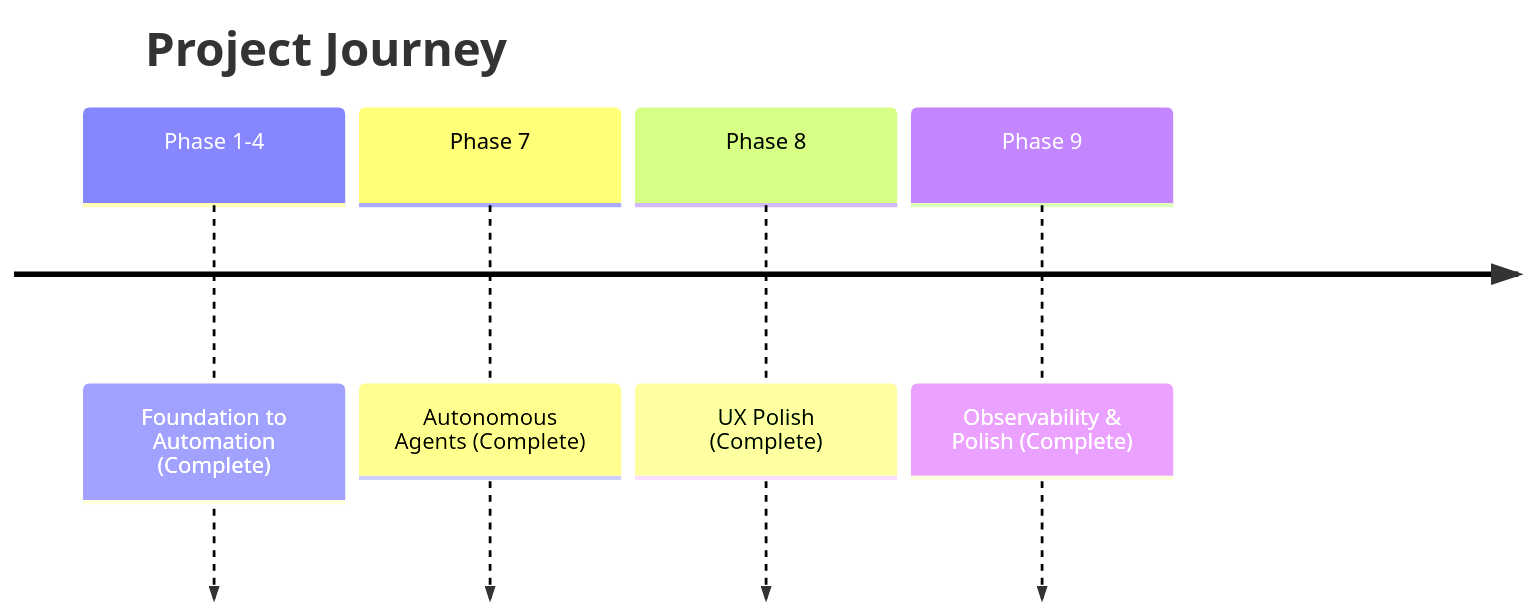
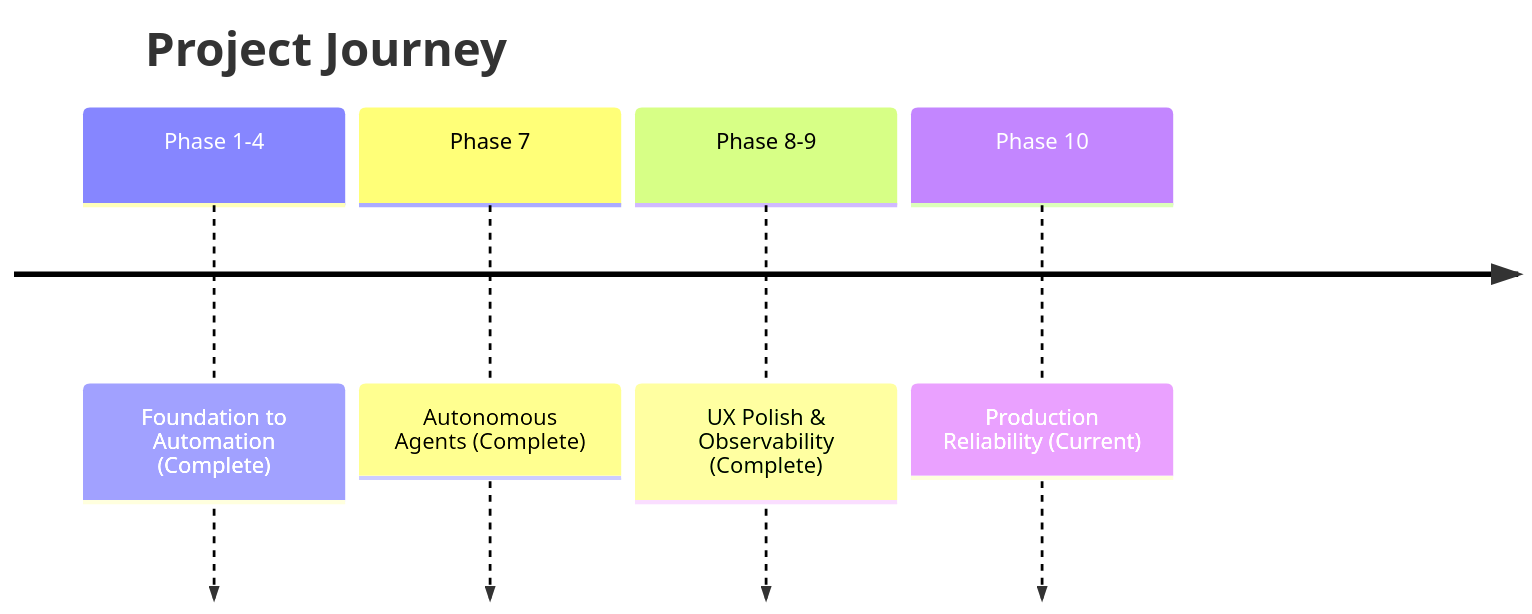
The diagram in ROADMAP.md (criticalinsight/trello-local-sync), drawn with Mermaid before and after one commit. The commit also changed other lines of this file, not shown here.

````diff
--- a/ROADMAP.md
+++ b/ROADMAP.md
@@ -7,8 +7,8 @@
 ```mermaid
 timeline
     title Project Journey
     Phase 1-4 : Foundation to Automation (Complete)
     Phase 7 : Autonomous Agents (Complete)
-    Phase 8 : UX Polish (Complete)
-    Phase 9 : Observability & Polish (Complete)
+    Phase 8-9 : UX Polish & Observability (Complete)
+    Phase 10 : Production Reliability (Current)
 ```
````
